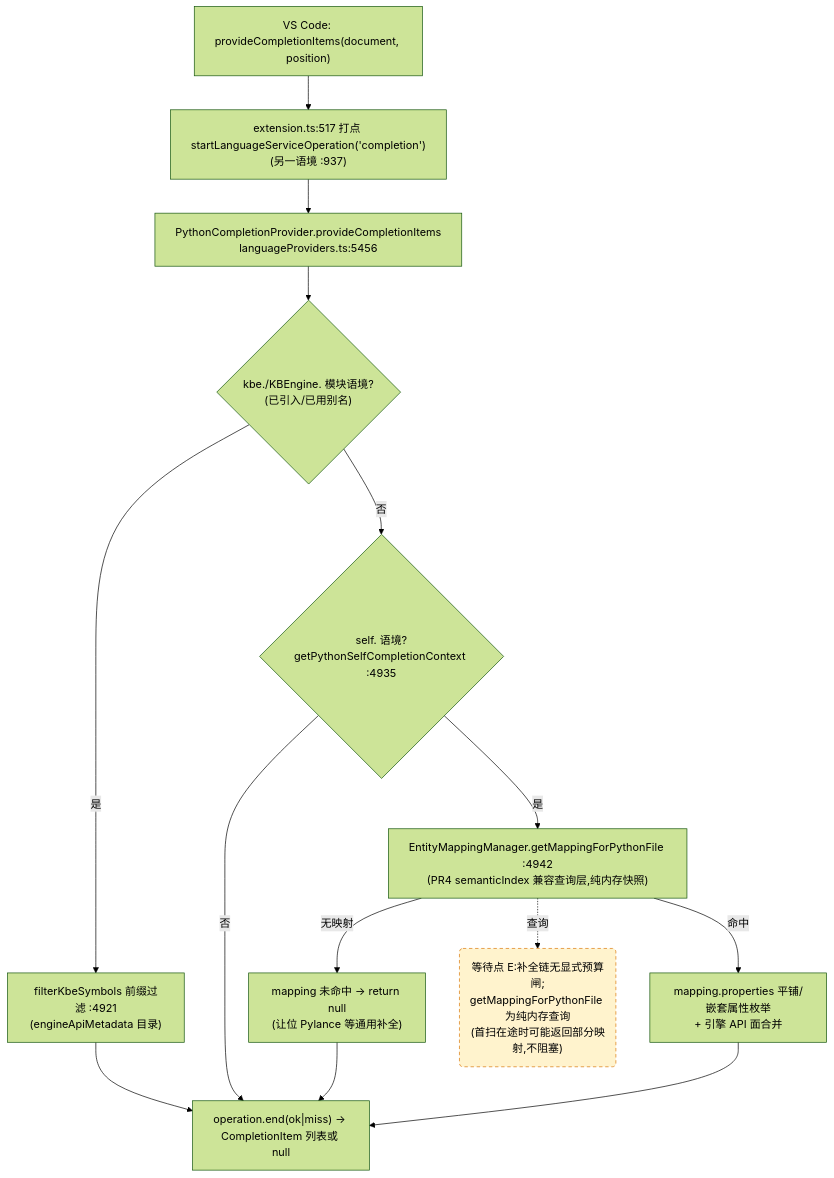
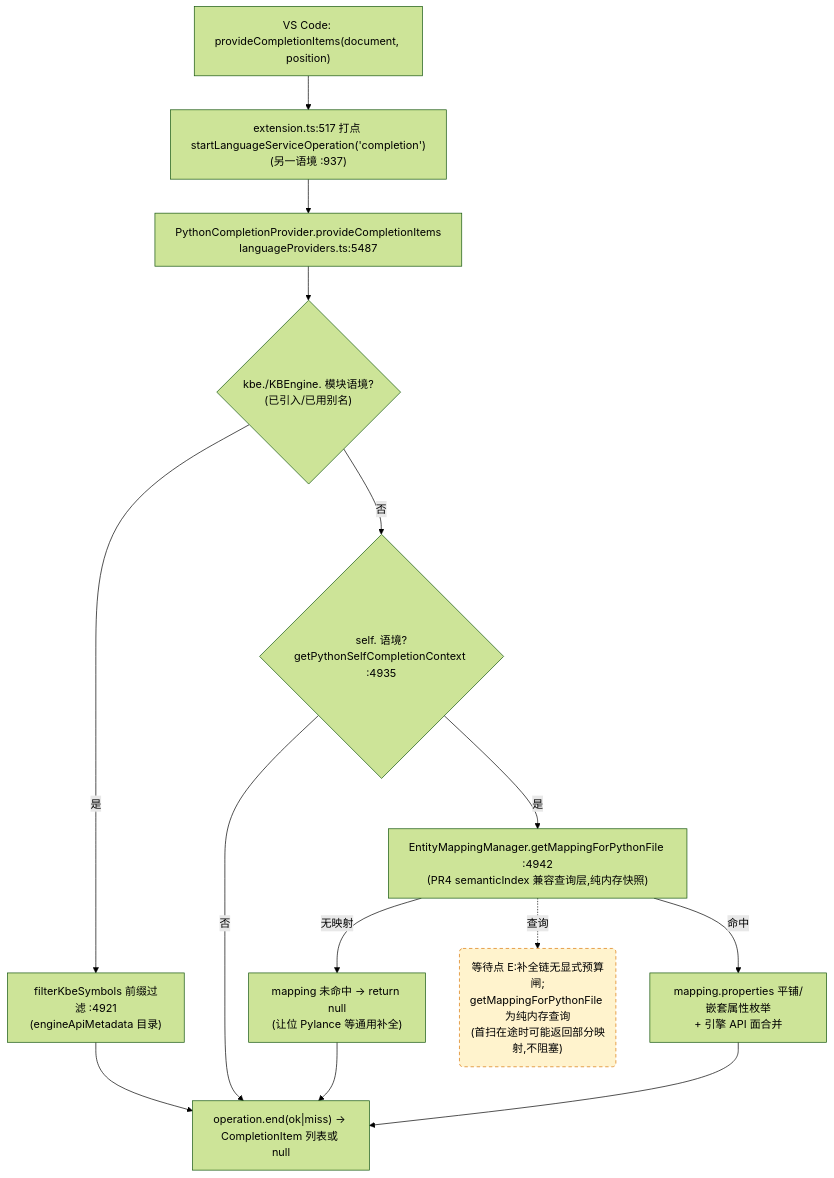
The third of 4 diagrams in docs/perf/2026-baseline.md (cuihairu/kode), drawn with Mermaid (forest theme) before and after one commit. The commit also changed other lines of this file and 6 other files, not shown here.

````diff
--- a/docs/perf/2026-baseline.md
+++ b/docs/perf/2026-baseline.md
@@ -184,27 +184,27 @@
 ```mermaid
 flowchart TD
   VC3["VS Code: provideCompletionItems(document, position)"]
   M3["extension.ts:517 打点 startLanguageServiceOperation('completion')<br/>(另一语境 :937)"]
-  CP["PythonCompletionProvider.provideCompletionItems<br/>languageProviders.ts:5456"]
+  CP["PythonCompletionProvider.provideCompletionItems<br/>languageProviders.ts:5487"]
   KBEC{"kbe./KBEngine. 模块语境?<br/>(已引入/已用别名)"}
   FILTER["filterKbeSymbols 前缀过滤 :4921<br/>(engineApiMetadata 目录)"]
   SELFC{"self. 语境?<br/>getPythonSelfCompletionContext :4935"}
   MAP["EntityMappingManager.getMappingForPythonFile :4942<br/>(PR4 semanticIndex 兼容查询层,纯内存快照)"]
   NOMAP["mapping 未命中 → return null<br/>(让位 Pylance 等通用补全)"]
   PROPS["mapping.properties 平铺/嵌套属性枚举<br/>+ 引擎 API 面合并"]
   END3["operation.end(ok|miss) → CompletionItem 列表或 null"]
 
   VC3 --> M3 --> CP --> KBEC
   KBEC -- "是" --> FILTER --> END3
   KBEC -- "否" --> SELFC
   SELFC -- "否" --> END3
   SELFC -- "是" --> MAP
   MAP -- "无映射" --> NOMAP --> END3
   MAP -- "命中" --> PROPS --> END3
 
   WAITE("等待点 E:补全链无显式预算闸;<br/>getMappingForPythonFile 为纯内存查询<br/>(首扫在途时可能返回部分映射,不阻塞)")
   MAP -.->|查询| WAITE
 
   classDef waitPoint fill:#fff3cd,stroke:#d97706,stroke-dasharray:5 4;
   class WAITE waitPoint;
 ```
````
